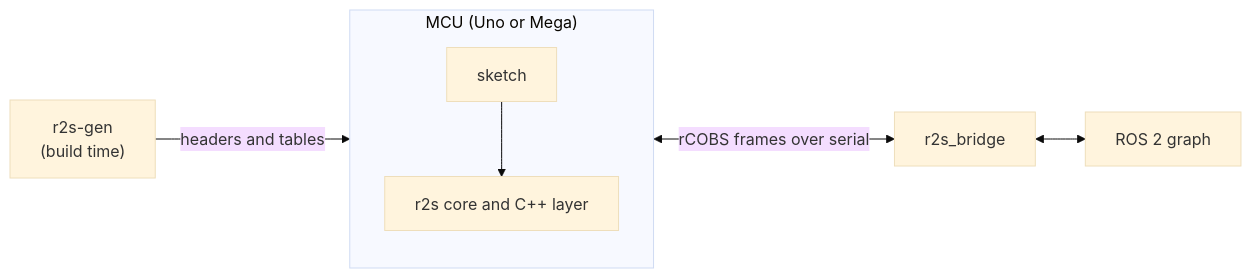
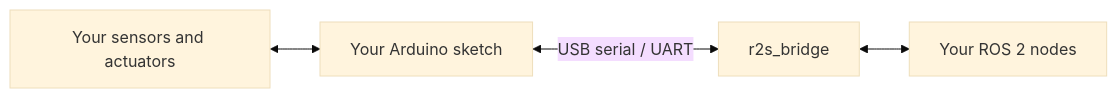
One commit to apojomovsky/ros2serial changed the diagram in README.md. Above: the diagram before and after it, drawn with Mermaid (base theme). The commit also changed other lines of this file and 28 other files, not shown here.

Commit message:
feat(docs): ROS-native onboarding, the guide set and an Arduino CLI helper (#615)

````diff
--- a/README.md
+++ b/README.md
@@ -163,9 +12,6 @@
 ```mermaid
 flowchart LR
-    GEN["r2s-gen<br/>(build time)"] -->|"headers and tables"| MCU
-    subgraph MCU["MCU (Uno or Mega)"]
-        SK["sketch"] --> CORE["r2s core and C++ layer"]
-    end
-    MCU <-->|"rCOBS frames over serial"| BR["r2s_bridge"]
-    BR <--> ROS["ROS 2 graph"]
+    hardware["Your sensors and actuators"] <--> sketch["Your Arduino sketch"]
+    sketch <-->|"USB serial / UART"| bridge["r2s_bridge"]
+    bridge <--> robot["Your ROS 2 nodes"]
 ```
````
